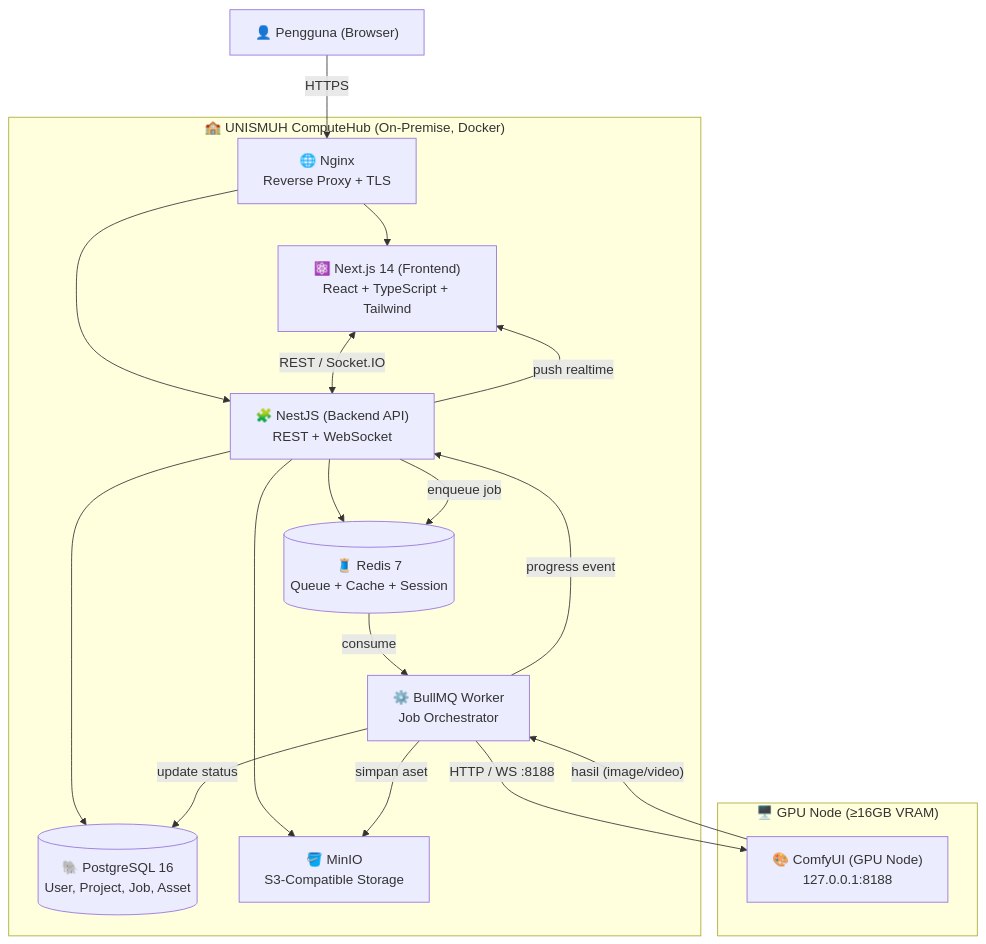
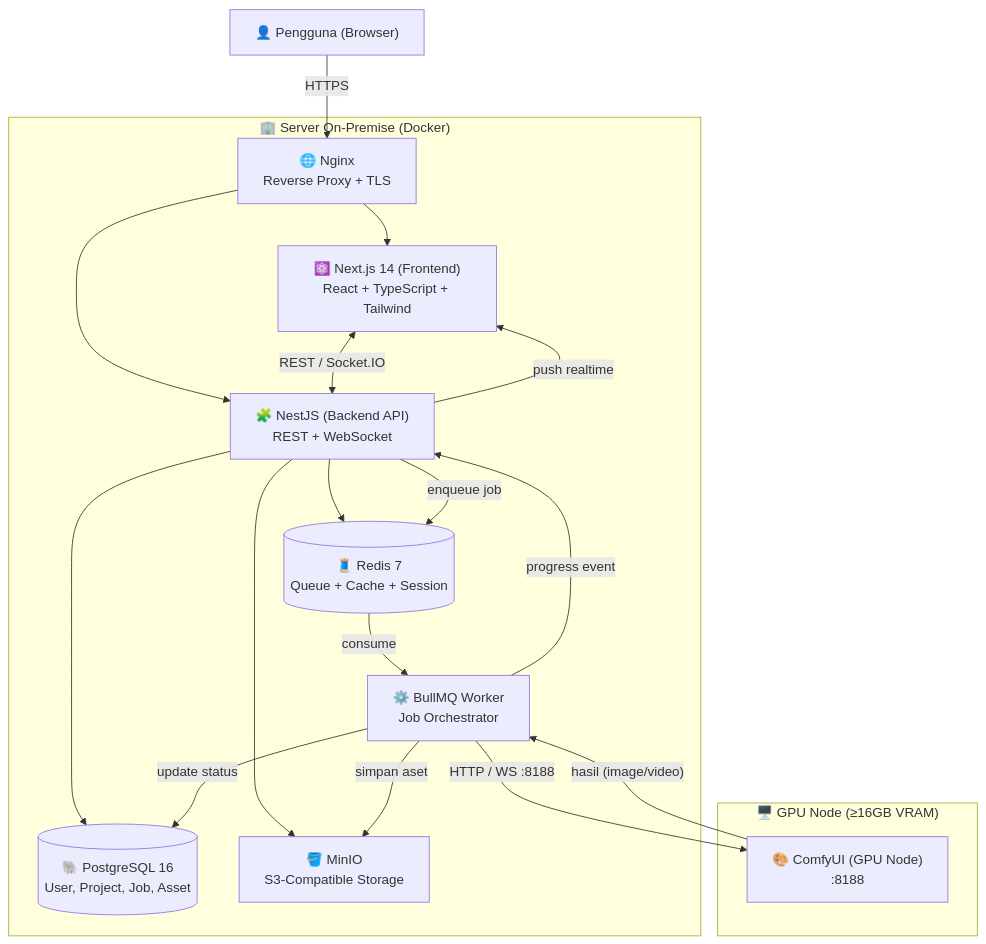
Before and after one commit to muhammadrizalharis/AXON-RYZR: the diagram in README.md, drawn with Mermaid. The commit also changed other lines of this file and 1 other file, not shown here.

````diff
--- a/README.md
+++ b/README.md
@@ -52,35 +52,35 @@
 ```mermaid
 flowchart TD
     U["👤 Pengguna (Browser)"] -->|HTTPS| NGX["🌐 Nginx<br/>Reverse Proxy + TLS"]
 
     NGX --> FE["⚛️ Next.js 14 (Frontend)<br/>React + TypeScript + Tailwind"]
     NGX --> API["🧩 NestJS (Backend API)<br/>REST + WebSocket"]
 
     FE <-->|"REST / Socket.IO"| API
 
     API --> PG[("🐘 PostgreSQL 16<br/>User, Project, Job, Asset")]
     API --> RDS[("🧵 Redis 7<br/>Queue + Cache + Session")]
     API --> MIN["🪣 MinIO<br/>S3-Compatible Storage"]
 
     API -->|"enqueue job"| RDS
     RDS -->|"consume"| WK["⚙️ BullMQ Worker<br/>Job Orchestrator"]
-    WK -->|"HTTP / WS :8188"| CUI["🎨 ComfyUI (GPU Node)<br/>127.0.0.1:8188"]
+    WK -->|"HTTP / WS :8188"| CUI["🎨 ComfyUI (GPU Node)<br/><IP-GPU-NODE>:8188"]
     CUI -->|"hasil (image/video)"| WK
     WK -->|"simpan aset"| MIN
     WK -->|"update status"| PG
     WK -->|"progress event"| API
     API -->|"push realtime"| FE
 
-    subgraph CAMPUS["🏫 UNISMUH ComputeHub (On-Premise, Docker)"]
+    subgraph CAMPUS["🏢 Server On-Premise (Docker)"]
         NGX
         FE
         API
         PG
         RDS
         MIN
         WK
     end
     subgraph GPU["🖥️ GPU Node (≥16GB VRAM)"]
         CUI
     end
 ```
````
